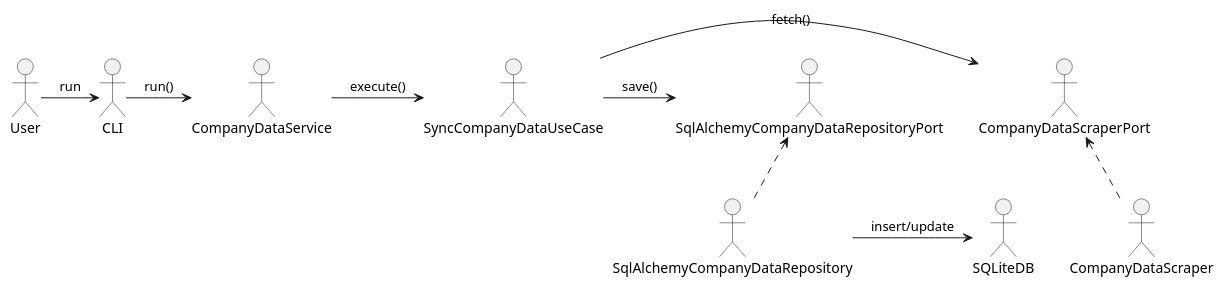
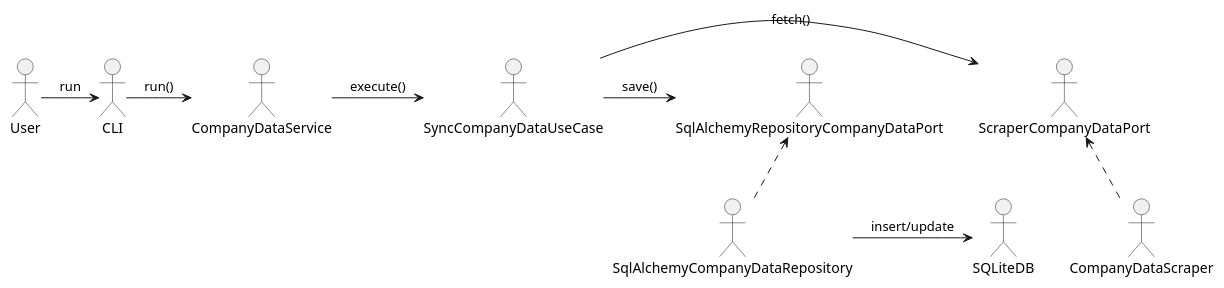
Before and after one commit to faustostangler/FLY: the diagram in docs/ARCHITECTURE.md, drawn with PlantUML. The commit also changed other lines of this file and 76 other files, not shown here.

````diff
--- a/docs/ARCHITECTURE.md
+++ b/docs/ARCHITECTURE.md
@@ -171,14 +171,14 @@
 ```plantuml
 @startuml
 skinparam componentStyle rectangle
 actor User
 User -> CLI : run
 CLI -> CompanyDataService : run()
 CompanyDataService -> SyncCompanyDataUseCase : execute()
-SyncCompanyDataUseCase -> CompanyDataScraperPort : fetch()
-CompanyDataScraperPort <.. CompanyDataScraper
-SyncCompanyDataUseCase -> SqlAlchemyCompanyDataRepositoryPort : save()
-SqlAlchemyCompanyDataRepositoryPort <.. SqlAlchemyCompanyDataRepository
+SyncCompanyDataUseCase -> ScraperCompanyDataPort : fetch()
+ScraperCompanyDataPort <.. CompanyDataScraper
+SyncCompanyDataUseCase -> SqlAlchemyRepositoryCompanyDataPort : save()
+SqlAlchemyRepositoryCompanyDataPort <.. SqlAlchemyCompanyDataRepository
 SqlAlchemyCompanyDataRepository -> SQLiteDB : insert/update
 @enduml
 ```
````
